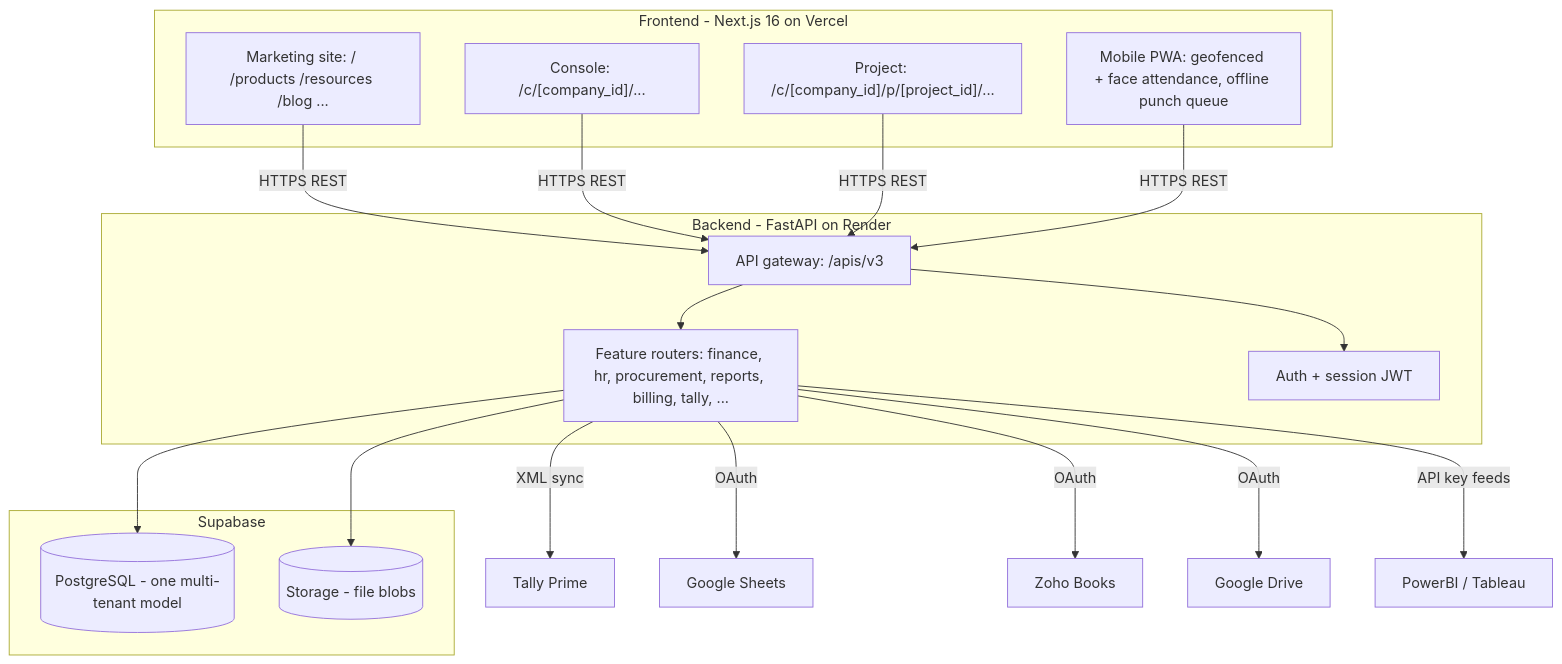
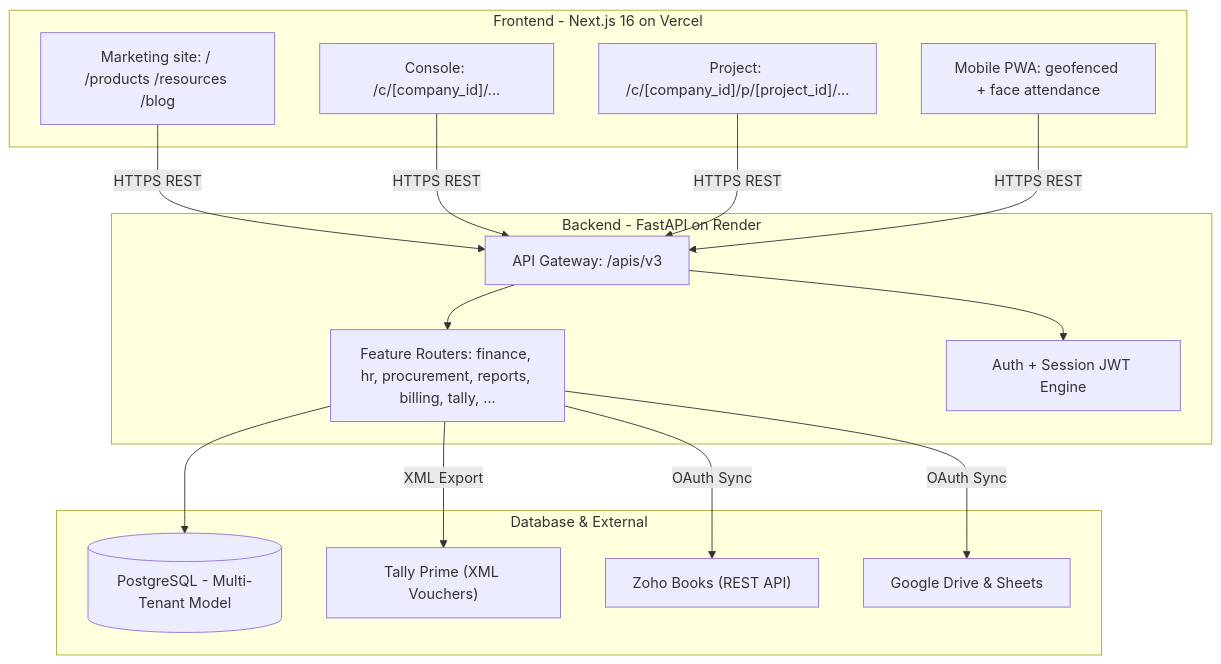
One commit to yieldchaser/Construction-Management-ERP-Software changed the diagram in README.md. Above: the diagram before and after it, drawn with Mermaid. The commit also changed other lines of this file and 21 other files, not shown here.

````diff
--- a/README.md
+++ b/README.md
@@ -71,34 +62,33 @@
 ```mermaid
 graph TD
     subgraph Client["Frontend - Next.js 16 on Vercel"]
-        MKT["Marketing site: / /products /resources /blog ..."]
+        MKT["Marketing site: / /products /resources /blog"]
         CON["Console: /c/[company_id]/..."]
         PRJ["Project: /c/[company_id]/p/[project_id]/..."]
-        PWA["Mobile PWA: geofenced + face attendance, offline punch queue"]
+        PWA["Mobile PWA: geofenced + face attendance"]
     end
 
     subgraph API["Backend - FastAPI on Render"]
-        GW["API gateway: /apis/v3"]
-        RT["Feature routers: finance, hr, procurement, reports, billing, tally, ..."]
-        AU["Auth + session JWT"]
+        GW["API Gateway: /apis/v3"]
+        RT["Feature Routers: finance, hr, procurement, reports, billing, tally, ..."]
+        AU["Auth + Session JWT Engine"]
         GW --> RT
         GW --> AU
     end
 
-    subgraph Store["Supabase"]
-        DB[("PostgreSQL - one multi-tenant model")]
-        BLOB[("Storage - file blobs")]
+    subgraph Store["Database & External"]
+        DB[("PostgreSQL - Multi-Tenant Model")]
+        TALLY["Tally Prime (XML Vouchers)"]
+        ZOHO["Zoho Books (REST API)"]
+        GDRIVE["Google Drive & Sheets"]
     end
 
     MKT -->|HTTPS REST| GW
     CON -->|HTTPS REST| GW
     PRJ -->|HTTPS REST| GW
     PWA -->|HTTPS REST| GW
     RT --> DB
-    RT --> BLOB
-    RT -->|XML sync| TALLY["Tally Prime"]
-    RT -->|OAuth| GS["Google Sheets"]
-    RT -->|OAuth| ZOHO["Zoho Books"]
-    RT -->|OAuth| GDRIVE["Google Drive"]
-    RT -->|API key feeds| BI["PowerBI / Tableau"]
+    RT -->|XML Export| TALLY
+    RT -->|OAuth Sync| ZOHO
+    RT -->|OAuth Sync| GDRIVE
 ```
````
